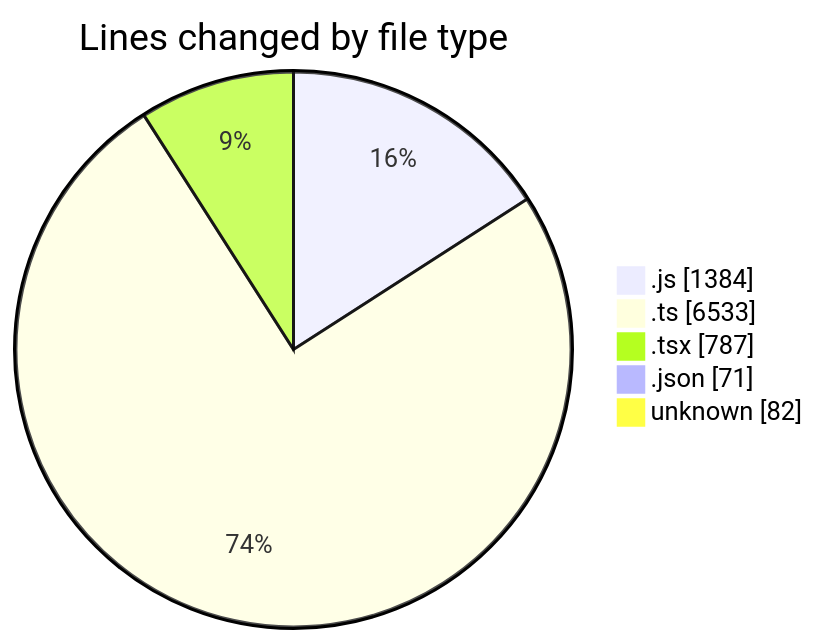
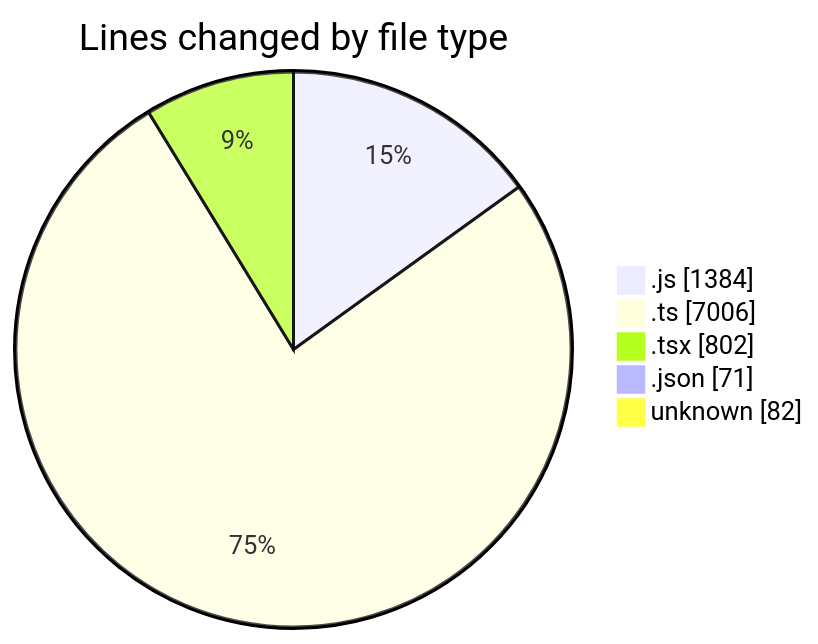
The first of 2 diagrams in 2026-02-04/cda/README.md (momahboobian/code-tracking), drawn with Mermaid before and after one commit. The commit also changed other lines of this file and 1 other file, not shown here.

````diff
--- a/2026-02-04/cda/README.md
+++ b/2026-02-04/cda/README.md
@@ -36,9 +38,9 @@
 ```mermaid
 pie showData
 title Lines changed by file type
 ".js" : 1384
-".ts" : 6533
-".tsx" : 787
+".ts" : 7006
+".tsx" : 802
 ".json" : 71
 "unknown" : 82
 ```
````
